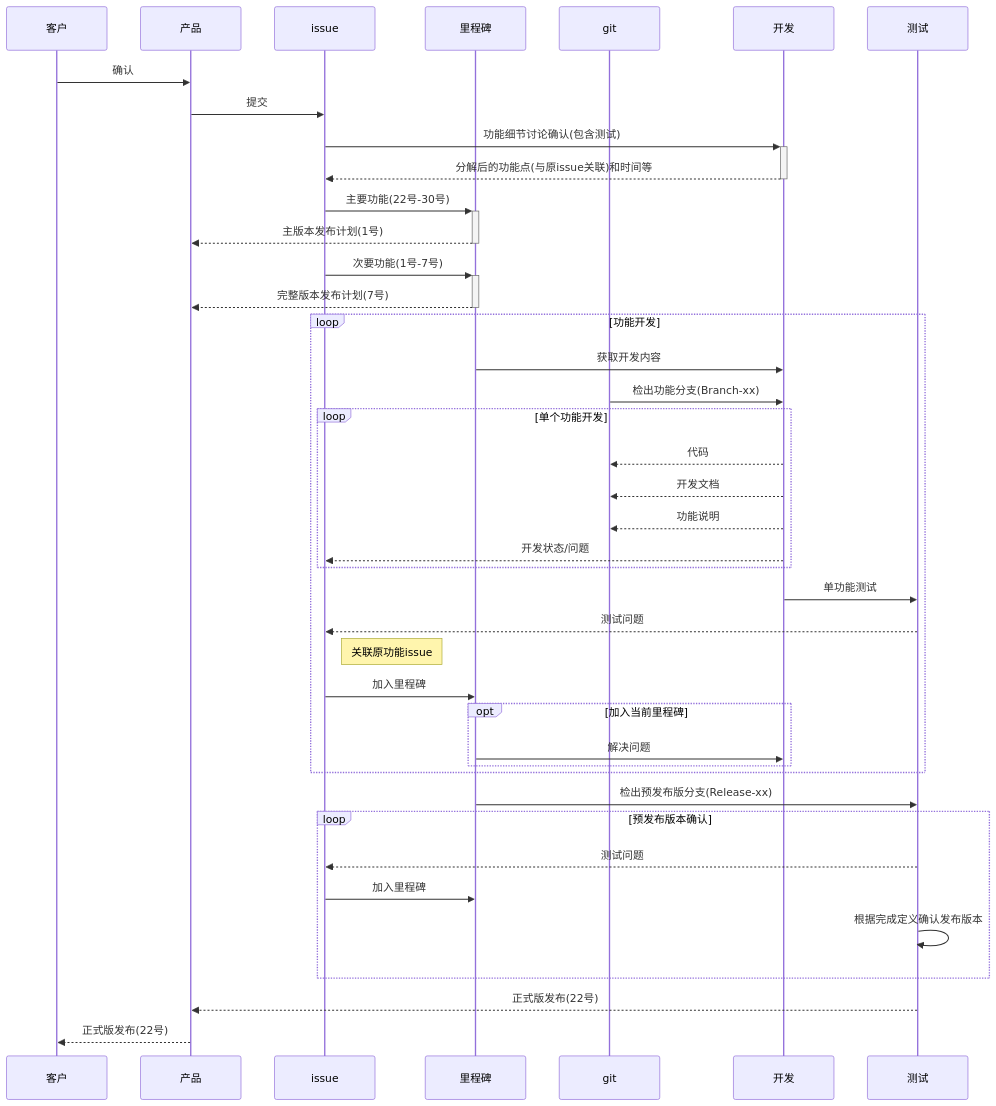
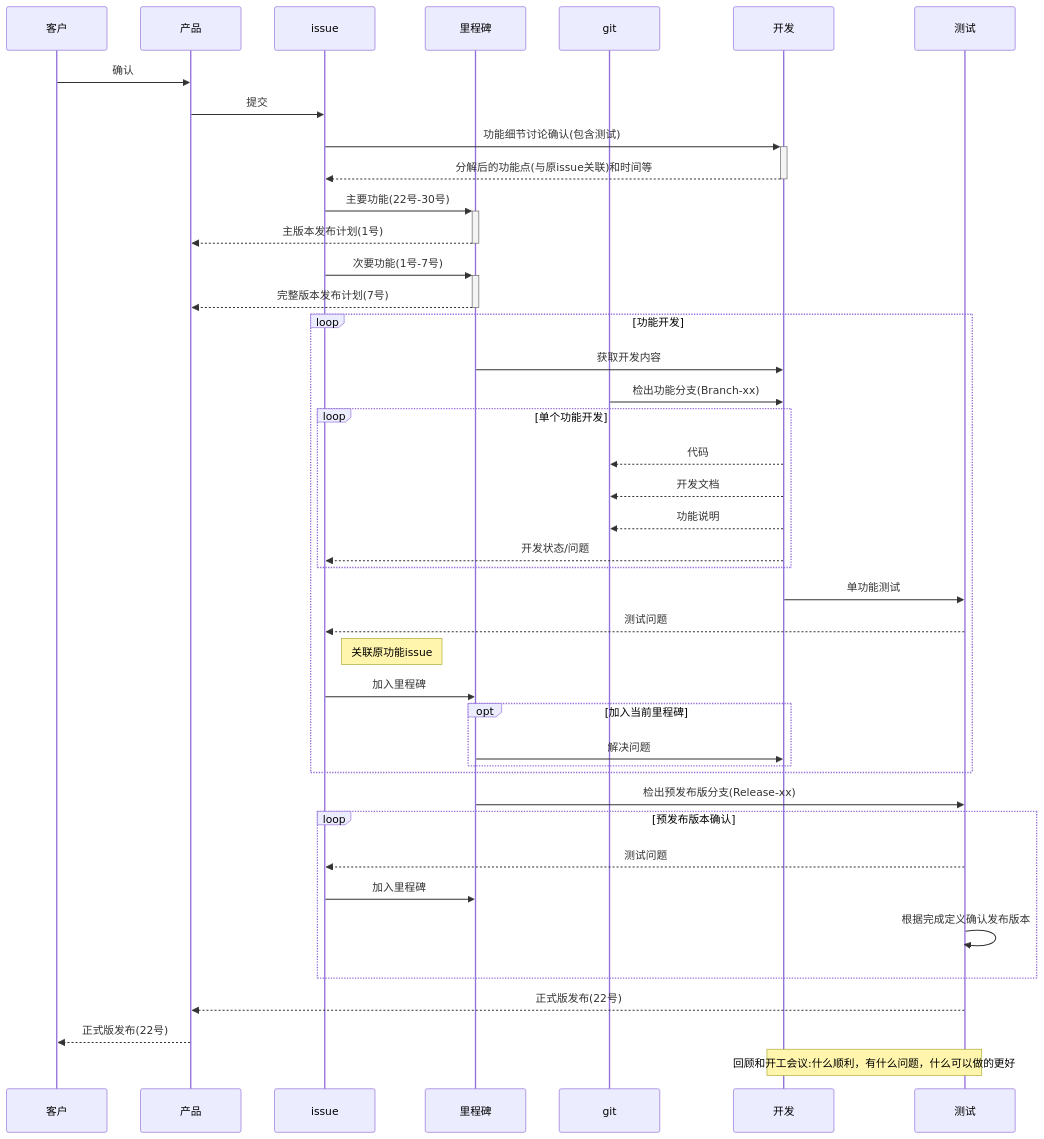
The diagram in manage/devworkflow.md (zhv9/exp), drawn with Mermaid before and after one commit. The commit also changed 3 other files, not shown here.

Commit message:
流程图中增加回顾会议要求。增加整体工程要求

````diff
--- a/manage/devworkflow.md
+++ b/manage/devworkflow.md
@@ -3,43 +3,44 @@
 ```mermaid
 sequenceDiagram
     participant 客户
     participant 产品
     participant issue
     participant 里程碑
     participant git
     participant 开发
     participant 测试
     客户->>产品: 确认
     产品->>issue: 提交
     issue->>+开发: 功能细节讨论确认(包含测试)
     开发-->>-issue: 分解后的功能点(与原issue关联)和时间等
     issue->>+里程碑: 主要功能(22号-30号)
     里程碑-->>-产品: 主版本发布计划(1号)
     issue->>+里程碑: 次要功能(1号-7号)
     里程碑-->>-产品: 完整版本发布计划(7号)
     loop 功能开发
         里程碑->>开发: 获取开发内容
         git->>开发: 检出功能分支(Branch-xx)
         loop 单个功能开发
             开发-->>git: 代码
             开发-->>git: 开发文档
             开发-->>git: 功能说明
             开发-->>issue: 开发状态/问题
         end
         开发->>测试: 单功能测试
         测试-->>issue: 测试问题
         note right of issue: 关联原功能issue
         issue->>里程碑: 加入里程碑
         opt 加入当前里程碑
             里程碑->>开发: 解决问题
         end
     end
     里程碑->>测试: 检出预发布版分支(Release-xx)
     loop 预发布版本确认
         测试-->>issue: 测试问题
         issue->>里程碑: 加入里程碑
         测试->>测试: 根据完成定义确认发布版本
     end
     测试-->>产品: 正式版发布(22号)
     产品-->>客户: 正式版发布(22号)
+    note over 开发,测试: 回顾和开工会议:什么顺利，有什么问题，什么可以做的更好
 ```
````
